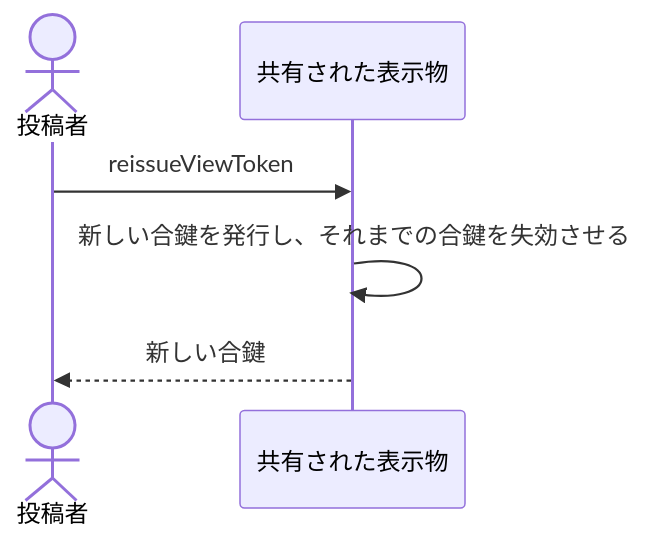
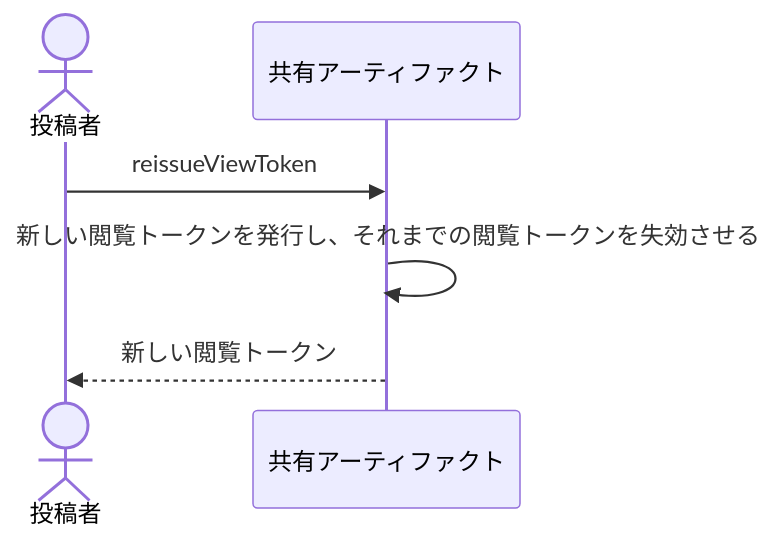
One commit to daidaiiro-519/waffle changed the diagram in .waffle/specs/bc-artifact-share/subdomain/sd-artifact-sharing/usecase/uc-reissue-view-token.md. Above: the diagram before and after it, drawn with Mermaid. The commit also changed other lines of this file and 23 other files, not shown here.

````diff
--- a/.waffle/specs/bc-artifact-share/subdomain/sd-artifact-sharing/usecase/uc-reissue-view-token.md
+++ b/.waffle/specs/bc-artifact-share/subdomain/sd-artifact-sharing/usecase/uc-reissue-view-token.md
@@ -38,7 +38,7 @@
 ```mermaid
 sequenceDiagram
     actor 投稿者
-    投稿者->>共有された表示物: reissueViewToken
-    共有された表示物->>共有された表示物: 新しい合鍵を発行し、それまでの合鍵を失効させる
-    共有された表示物-->>投稿者: 新しい合鍵
+    投稿者->>共有アーティファクト: reissueViewToken
+    共有アーティファクト->>共有アーティファクト: 新しい閲覧トークンを発行し、それまでの閲覧トークンを失効させる
+    共有アーティファクト-->>投稿者: 新しい閲覧トークン
 ```
````
